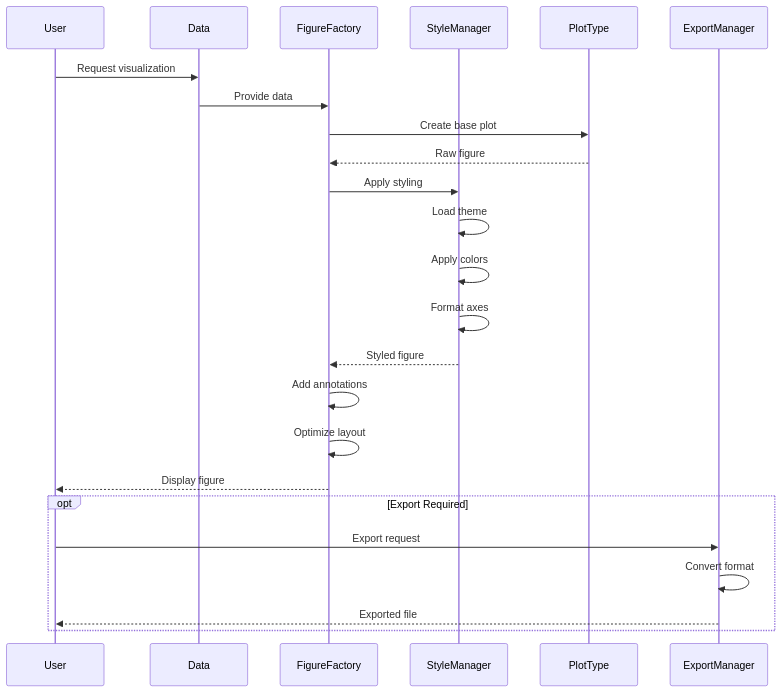
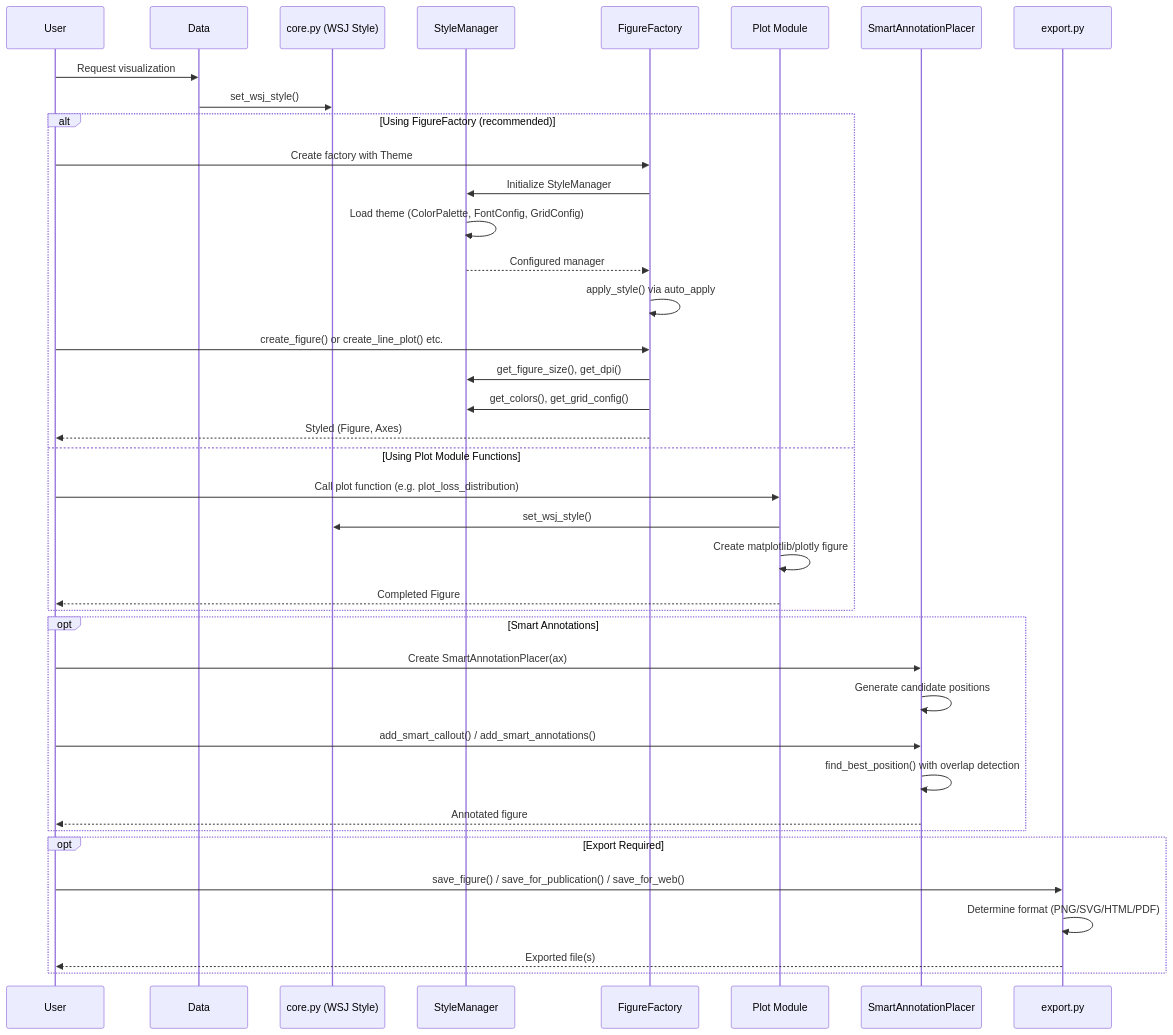
One commit to AlexFiliakov/Ergodic-Insurance-Limits changed the third of 4 diagrams in ergodic_insurance/docs/architecture/visualization_architecture.md. Above: the diagram before and after it, drawn with Mermaid. The commit also changed other lines of this file and 14 other files, not shown here.

First line of the commit message:
docs: Update and expand Mermaid architecture diagrams (#185) (#341)

````diff
--- a/ergodic_insurance/docs/architecture/visualization_architecture.md
+++ b/ergodic_insurance/docs/architecture/visualization_architecture.md
@@ -193,32 +352,46 @@
 ```{mermaid}
 sequenceDiagram
     participant User
     participant Data
+    participant Core as core.py (WSJ Style)
+    participant Style as StyleManager
     participant Factory as FigureFactory
-    participant Style as StyleManager
-    participant Plot as PlotType
-    participant Export as ExportManager
+    participant Plot as Plot Module
+    participant Annot as SmartAnnotationPlacer
+    participant Export as export.py
 
     User->>Data: Request visualization
-    Data->>Factory: Provide data
+    Data->>Core: set_wsj_style()
 
-    Factory->>Plot: Create base plot
-    Plot-->>Factory: Raw figure
+    alt Using FigureFactory (recommended)
+        User->>Factory: Create factory with Theme
+        Factory->>Style: Initialize StyleManager
+        Style->>Style: Load theme (ColorPalette, FontConfig, GridConfig)
+        Style-->>Factory: Configured manager
+        Factory->>Factory: apply_style() via auto_apply
 
-    Factory->>Style: Apply styling
-    Style->>Style: Load theme
-    Style->>Style: Apply colors
-    Style->>Style: Format axes
-    Style-->>Factory: Styled figure
+        User->>Factory: create_figure() or create_line_plot() etc.
+        Factory->>Style: get_figure_size(), get_dpi()
+        Factory->>Style: get_colors(), get_grid_config()
+        Factory-->>User: Styled (Figure, Axes)
+    else Using Plot Module Functions
+        User->>Plot: Call plot function (e.g. plot_loss_distribution)
+        Plot->>Core: set_wsj_style()
+        Plot->>Plot: Create matplotlib/plotly figure
+        Plot-->>User: Completed Figure
+    end
 
-    Factory->>Factory: Add annotations
-    Factory->>Factory: Optimize layout
-
-    Factory-->>User: Display figure
+    opt Smart Annotations
+        User->>Annot: Create SmartAnnotationPlacer(ax)
+        Annot->>Annot: Generate candidate positions
+        User->>Annot: add_smart_callout() / add_smart_annotations()
+        Annot->>Annot: find_best_position() with overlap detection
+        Annot-->>User: Annotated figure
+    end
 
     opt Export Required
-        User->>Export: Export request
-        Export->>Export: Convert format
-        Export-->>User: Exported file
+        User->>Export: save_figure() / save_for_publication() / save_for_web()
+        Export->>Export: Determine format (PNG/SVG/HTML/PDF)
+        Export-->>User: Exported file(s)
     end
 ```
````
